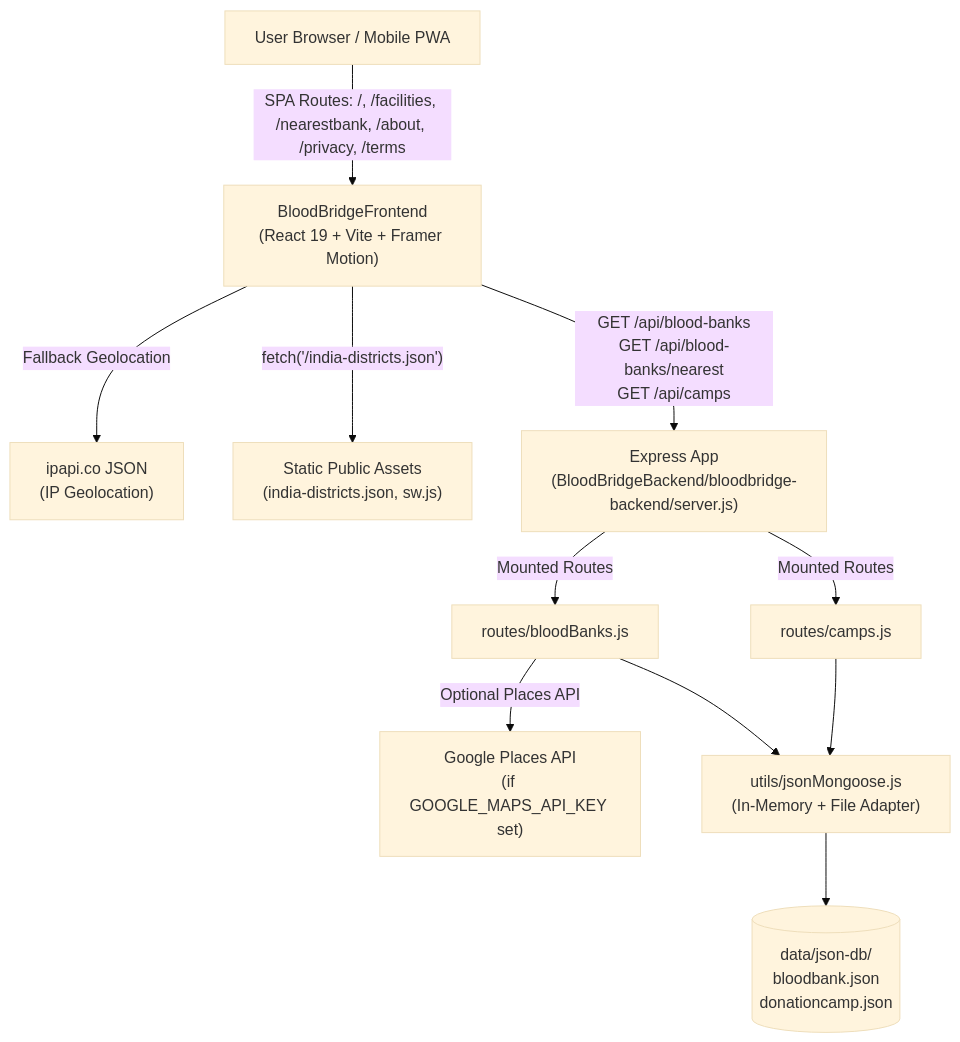
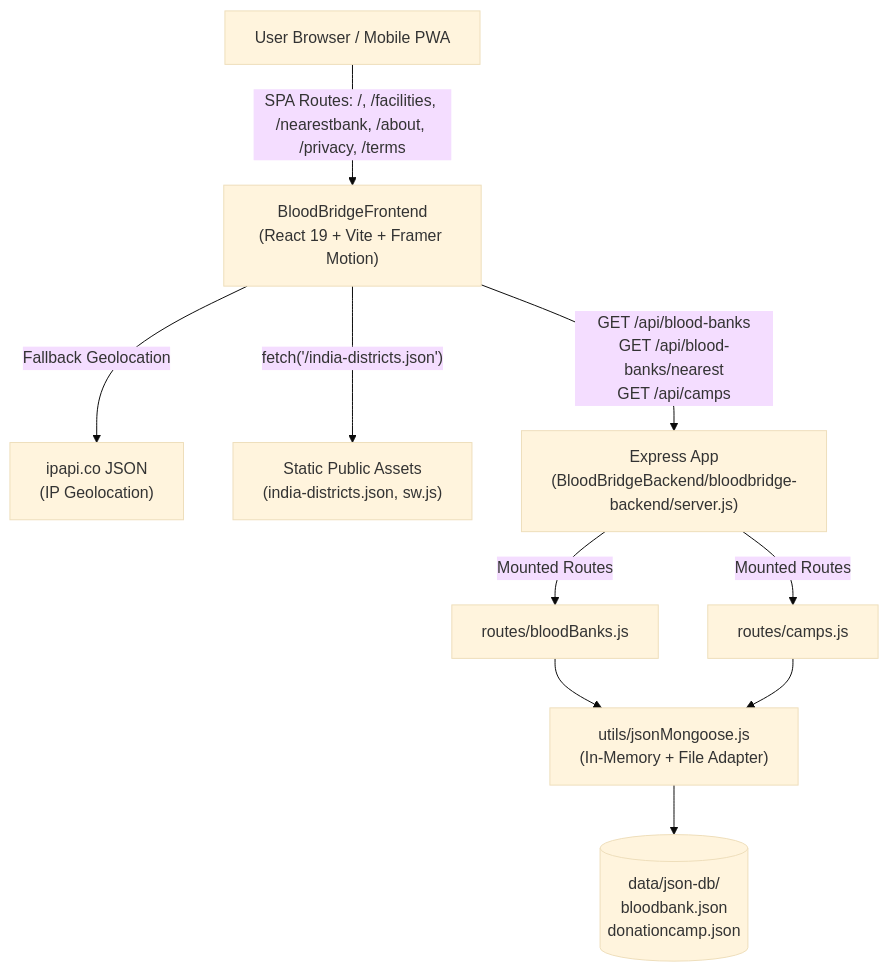
One commit to godlyinsane/BloodBridge changed the diagram in README.md. Above: the diagram before and after it, drawn with Mermaid (base theme). The commit also changed other lines of this file and 3 other files, not shown here.

````diff
--- a/README.md
+++ b/README.md
@@ -75,15 +75,14 @@
 ```mermaid
 flowchart TD
     User["User Browser / Mobile PWA"] -->|"SPA Routes: /, /facilities, /nearestbank, /about, /privacy, /terms"| FE["BloodBridgeFrontend\n(React 19 + Vite + Framer Motion)"]
     FE -->|"Fallback Geolocation"| IPAPI["ipapi.co JSON\n(IP Geolocation)"]
     FE -->|"fetch('/india-districts.json')"| Static["Static Public Assets\n(india-districts.json, sw.js)"]
     FE -->|"GET /api/blood-banks\nGET /api/blood-banks/nearest\nGET /api/camps"| Express["Express App\n(BloodBridgeBackend/bloodbridge-backend/server.js)"]
 
     Express -->|"Mounted Routes"| R1["routes/bloodBanks.js"]
     Express -->|"Mounted Routes"| R2["routes/camps.js"]
 
-    R1 -->|"Optional Places API"| GMaps["Google Places API\n(if GOOGLE_MAPS_API_KEY set)"]
     R1 --> JSONEng["utils/jsonMongoose.js\n(In-Memory + File Adapter)"]
     R2 --> JSONEng
     JSONEng --> JSONFiles[("data/json-db/\nbloodbank.json\ndonationcamp.json")]
 ```
````
